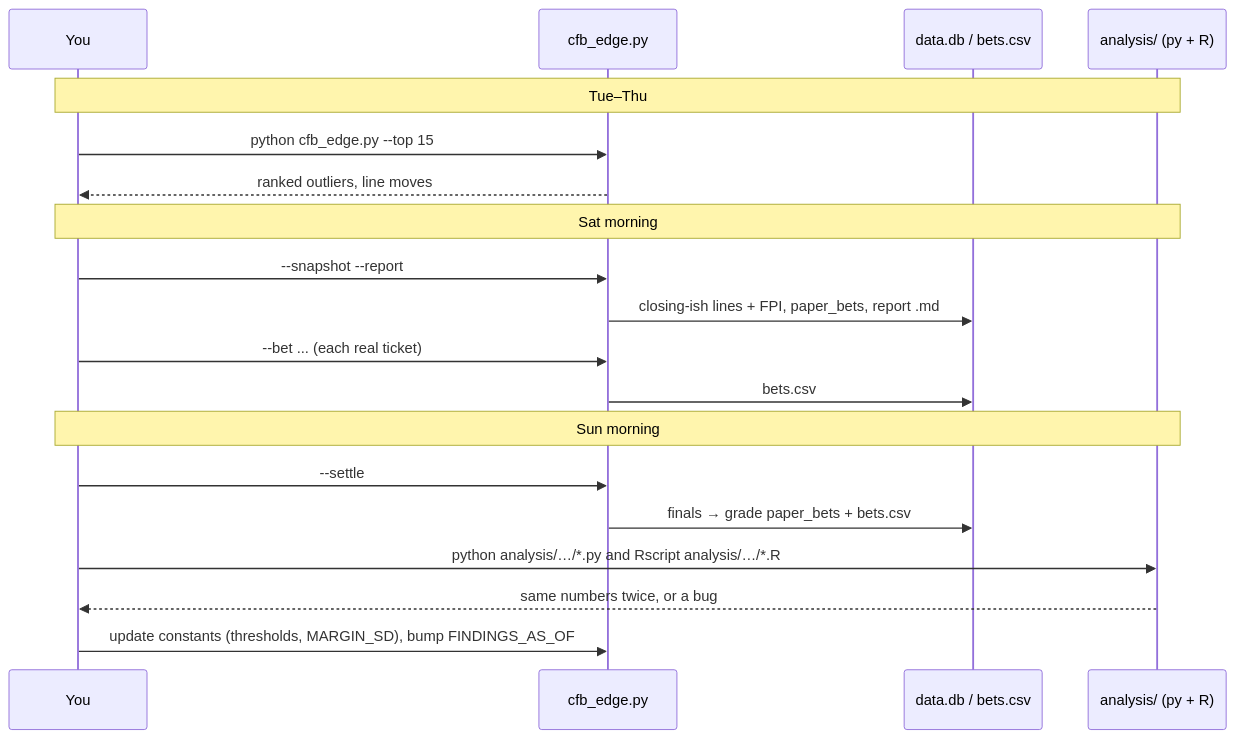
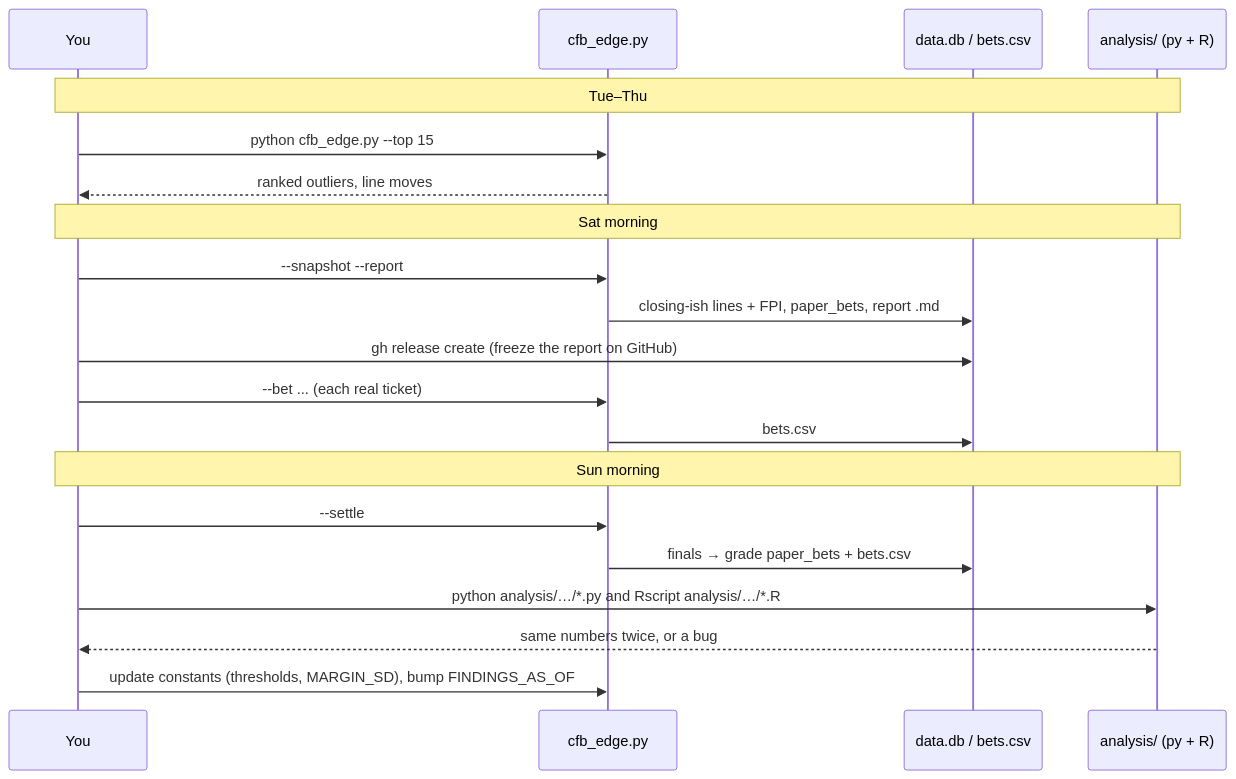
One commit to wbp318/cfb_2026 changed the seventh of 12 diagrams in README.md. Above: the diagram before and after it, drawn with Mermaid. The commit also changed other lines of this file, not shown here.

First line of the commit message:
README tune-up: --picks in quick start, release step, morning worked example, CI/dependabot notes

````diff
--- a/README.md
+++ b/README.md
@@ -353,22 +364,23 @@
 ```mermaid
 sequenceDiagram
     participant You
     participant Tool as cfb_edge.py
     participant DB as data.db / bets.csv
     participant An as analysis/ (py + R)
 
     Note over You,An: Tue–Thu
     You->>Tool: python cfb_edge.py --top 15
     Tool-->>You: ranked outliers, line moves
     Note over You,An: Sat morning
     You->>Tool: --snapshot --report
     Tool->>DB: closing-ish lines + FPI, paper_bets, report .md
+    You->>DB: gh release create (freeze the report on GitHub)
     You->>Tool: --bet ... (each real ticket)
     Tool->>DB: bets.csv
     Note over You,An: Sun morning
     You->>Tool: --settle
     Tool->>DB: finals → grade paper_bets + bets.csv
     You->>An: python analysis/…/*.py  and  Rscript analysis/…/*.R
     An-->>You: same numbers twice, or a bug
     You->>Tool: update constants (thresholds, MARGIN_SD), bump FINDINGS_AS_OF
 ```
````
